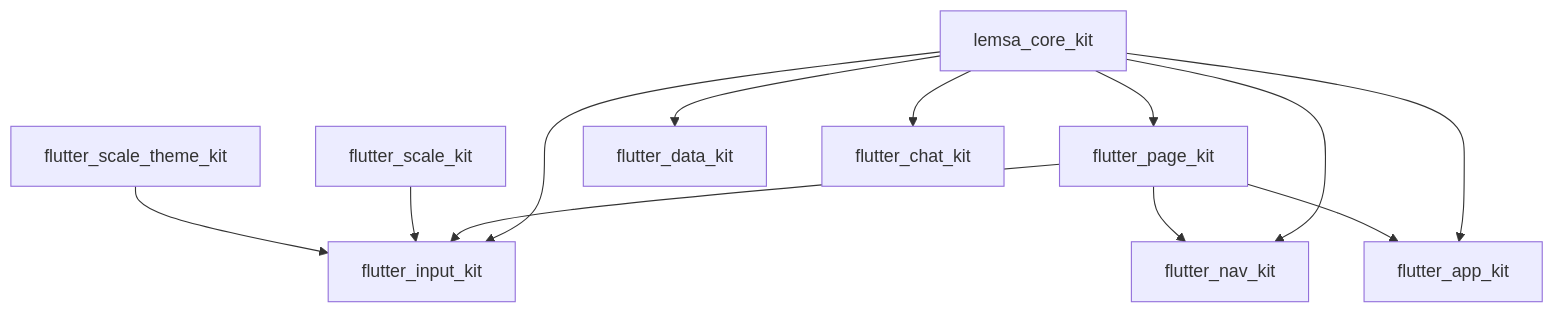
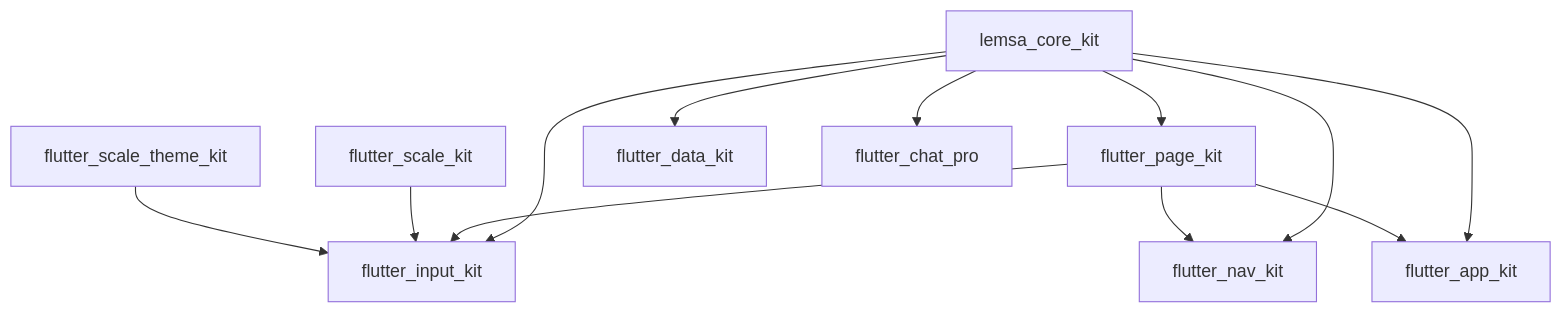
Before and after one commit to fodilfliti/lemsa-skills: the diagram in spec/package.md, drawn with Mermaid. The commit also changed other lines of this file and 13 other files, not shown here.

Commit message:
Rename flutter_chat_kit to flutter_chat_pro (published on pub.dev)

````diff
--- a/spec/package.md
+++ b/spec/package.md
@@ -50,24 +50,24 @@
 ```mermaid
 graph TD
   core[lemsa_core_kit]
   scale[flutter_scale_kit]
   theme[flutter_scale_theme_kit]
   page[flutter_page_kit]
   input[flutter_input_kit]
   data[flutter_data_kit]
   nav[flutter_nav_kit]
   app[flutter_app_kit]
-  chat[flutter_chat_kit]
+  chat[flutter_chat_pro]
 
   core --> page
   core --> input
   core --> data
   core --> nav
   core --> app
   core --> chat
   page --> input
   page --> nav
   page --> app
   scale --> input
   theme --> input
 ```
````
